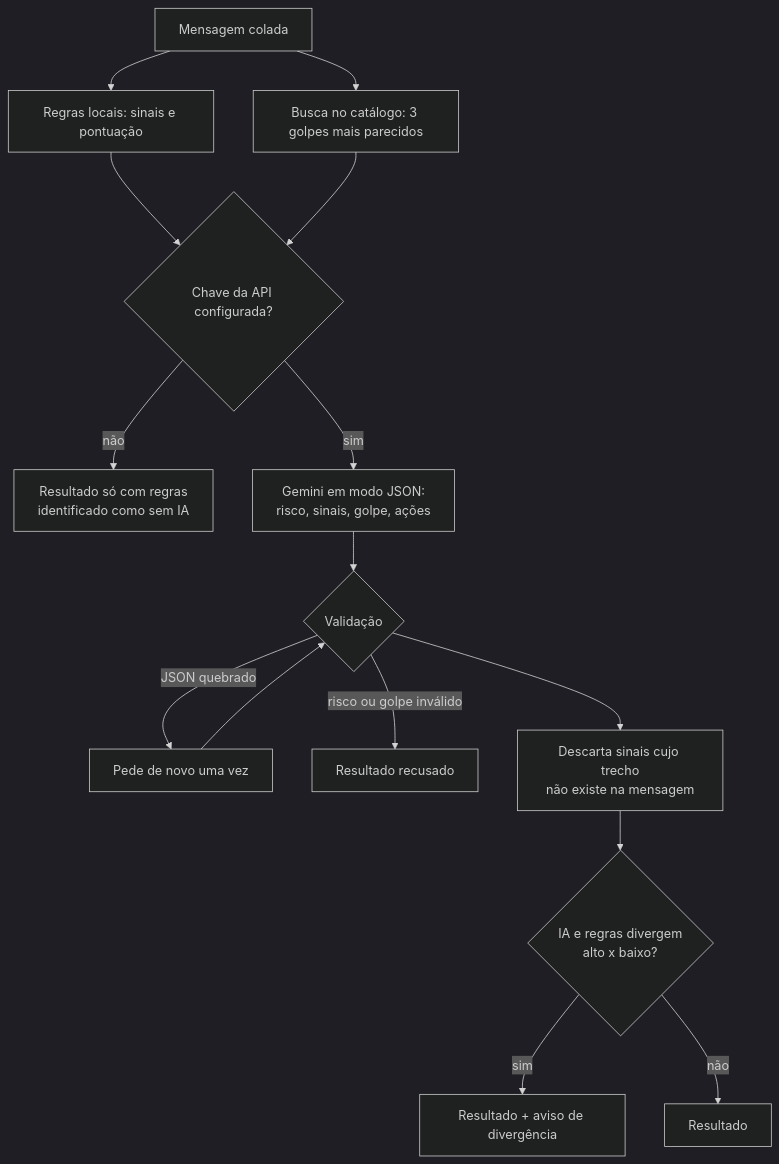
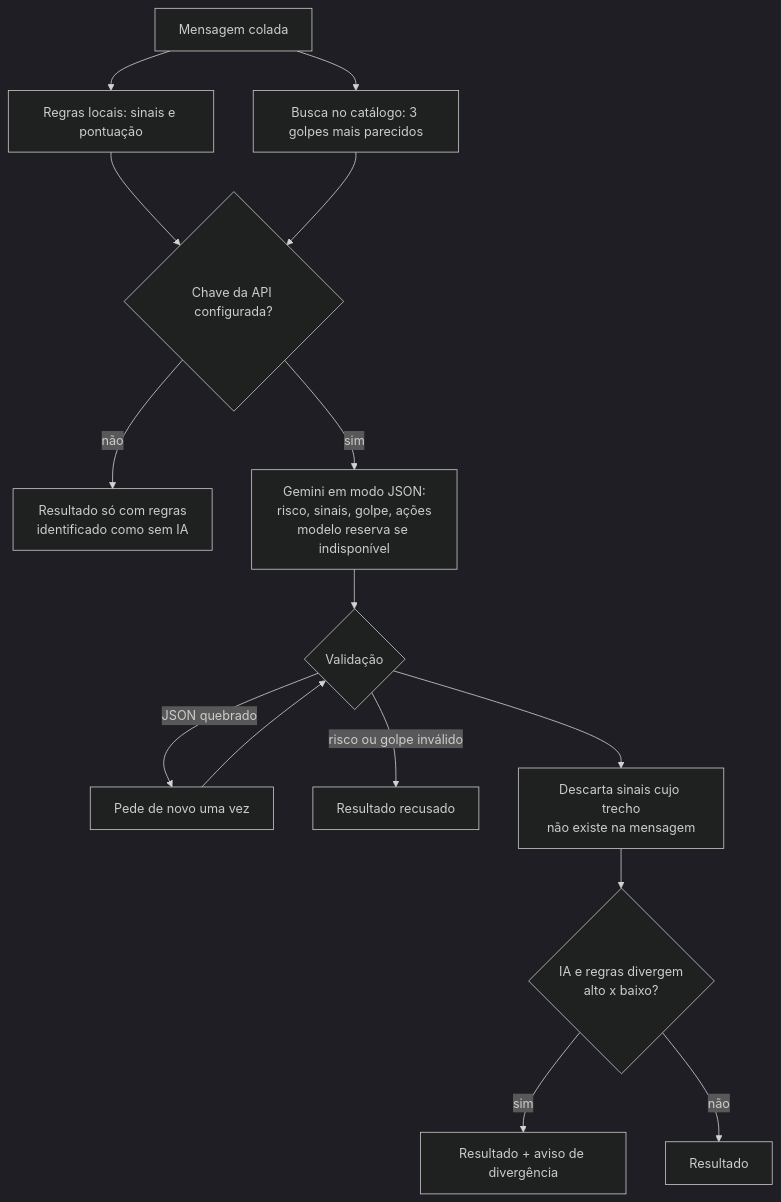
Before and after one commit to gustavohleao/alertagolpe: the third of 3 diagrams in docs/RELATORIO.md, drawn with Mermaid (dark theme). The commit also changed other lines of this file and 11 other files, not shown here.

First line of the commit message:
Adiciona modelos reserva automáticos do Gemini

````diff
--- a/docs/RELATORIO.md
+++ b/docs/RELATORIO.md
@@ -169,17 +169,17 @@
 ```mermaid
 flowchart TD
     A[Mensagem colada] --> B[Regras locais: sinais e pontuação]
     A --> C[Busca no catálogo: 3 golpes mais parecidos]
     B --> D{Chave da API configurada?}
     C --> D
     D -->|não| E[Resultado só com regras<br/>identificado como sem IA]
-    D -->|sim| F[Gemini em modo JSON:<br/>risco, sinais, golpe, ações]
+    D -->|sim| F[Gemini em modo JSON:<br/>risco, sinais, golpe, ações<br/>modelo reserva se indisponível]
     F --> G{Validação}
     G -->|JSON quebrado| H[Pede de novo uma vez]
     H --> G
     G -->|risco ou golpe inválido| X[Resultado recusado]
     G --> I[Descarta sinais cujo trecho<br/>não existe na mensagem]
     I --> J{IA e regras divergem<br/>alto x baixo?}
     J -->|sim| K[Resultado + aviso de divergência]
     J -->|não| L[Resultado]
 ```
````
